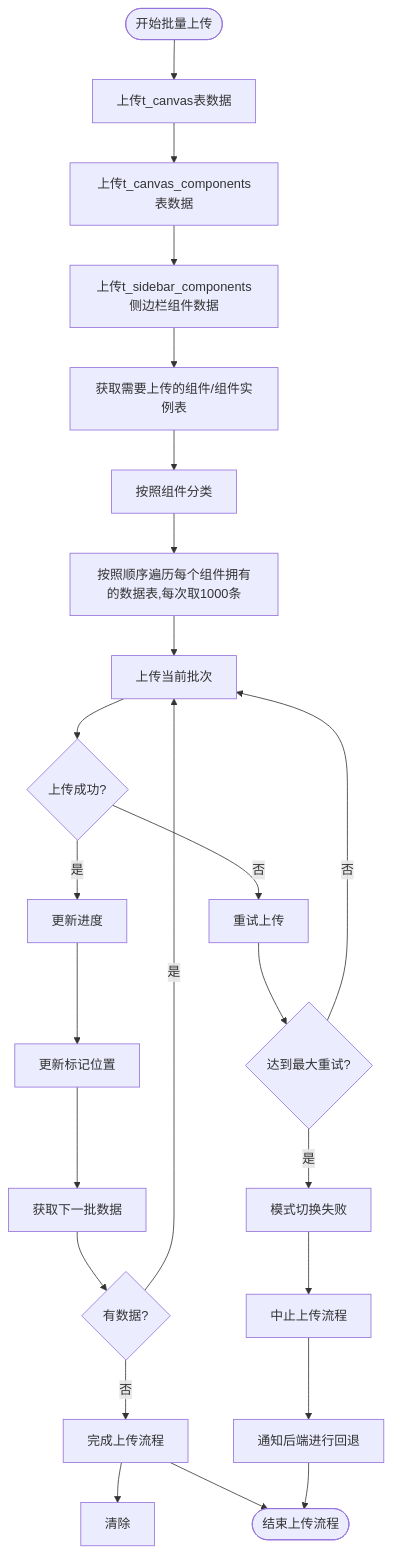
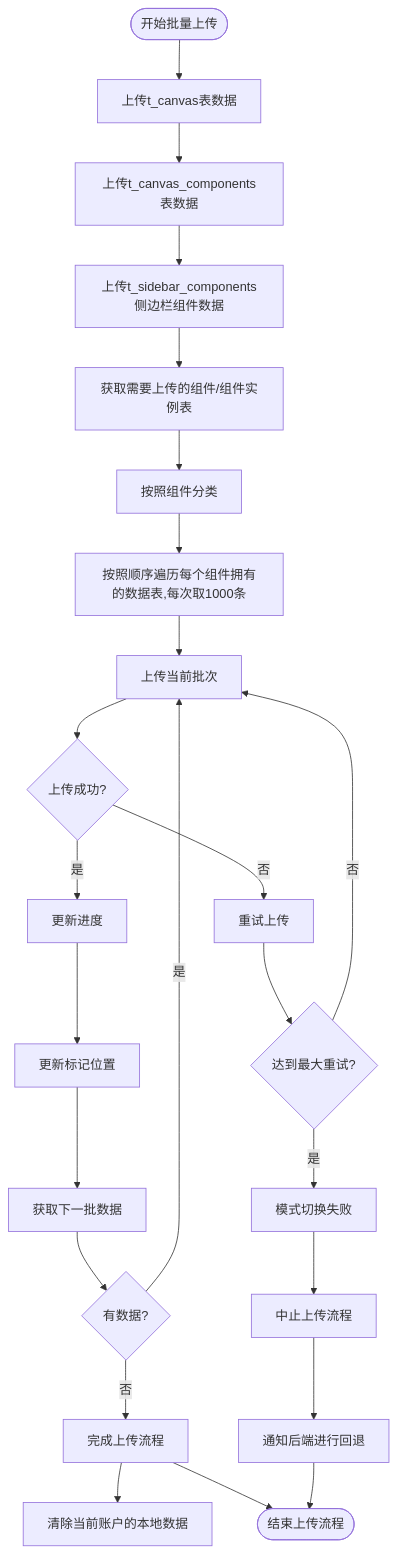
The diagram in all/未命名-51.md (yingjianzh/iodraw-files), drawn with Mermaid before and after one commit.

Commit message:
2025-05-08 17:40:32 update

````diff
--- a/all/未命名-51.md
+++ b/all/未命名-51.md
@@ -1,33 +1,33 @@
 ```mermaid
 flowchart TD
     Start([开始批量上传]) --> UploadSpaceData[上传t_canvas表数据]
     UploadSpaceData --> UploadComponentListData[上传t_canvas_components表数据]
     UploadComponentListData --> UploadSiderComponent[上传t_sidebar_components侧边栏组件数据]
     UploadSiderComponent --> FetchData[获取需要上传的组件/组件实例表]
     FetchData --> ClassifyData[按照组件分类]
     ClassifyData --> UploadData[按照顺序遍历每个组件拥有的数据表,每次取1000条]
     UploadData --> UploadBatch[上传当前批次]
     
     UpdateProgress --> UpdateMarker[更新标记位置]
     UpdateMarker --> FetchNextBatch[获取下一批数据]
     
     FetchNextBatch --> CheckResults{有数据?}
     CheckResults -->|否| CompleteUpload[完成上传流程]
     CheckResults -->|是| UploadBatch
 
     
     UploadBatch --> UploadSuccess{上传成功?}
     UploadSuccess -->|是| UpdateProgress[更新进度]
     UploadSuccess -->|否| RetryUpload[重试上传]
     
     RetryUpload --> MaxRetries{达到最大重试?}
     MaxRetries -->|否| UploadBatch
     MaxRetries -->|是| ErrorHandling[模式切换失败]
     
     ErrorHandling --> AbortProcess[中止上传流程]
     AbortProcess --> ReportError[通知后端进行回退]
     
-    CompleteUpload --> DeleteLocalData[清除]
+    CompleteUpload --> DeleteLocalData[清除当前账户的本地数据]
     CompleteUpload --> End([结束上传流程])
     ReportError --> End
 ```
````
